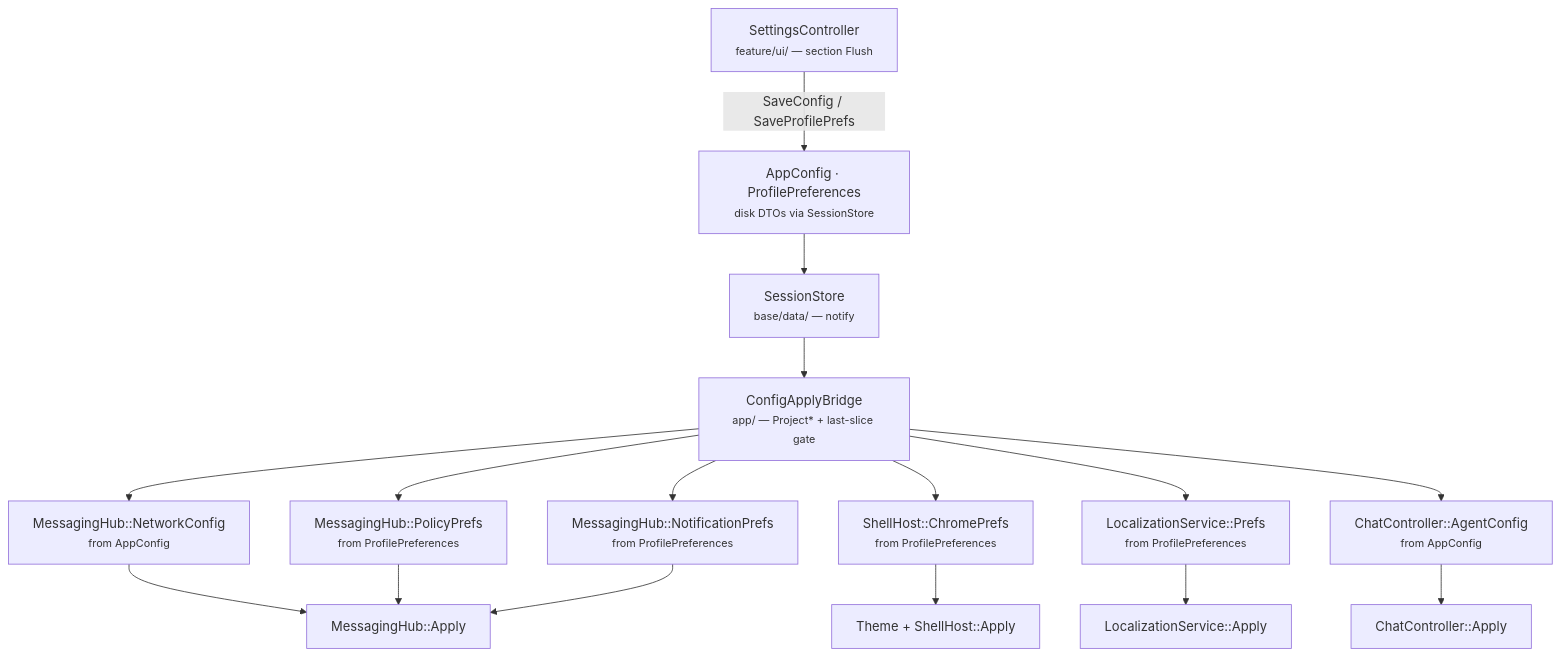
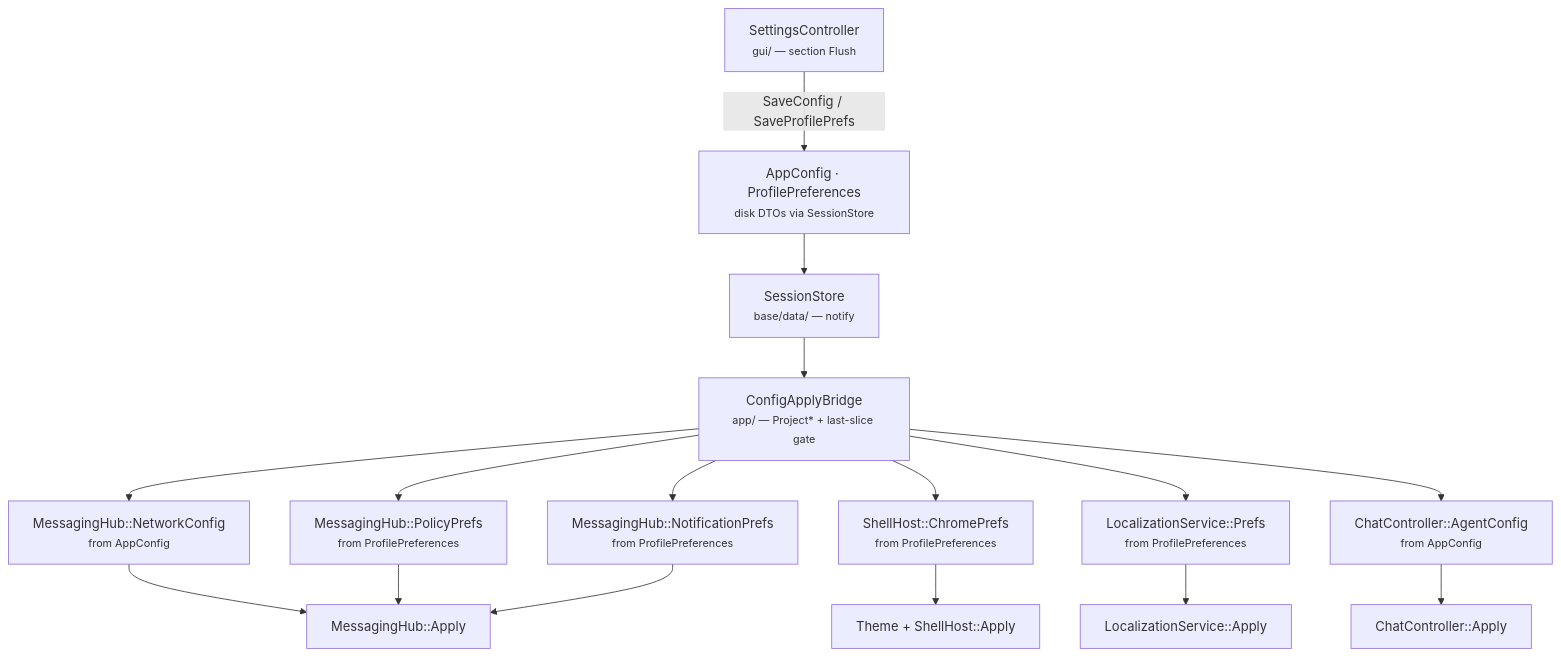
One commit to people-post/pp-browser changed the third of 4 diagrams in docs/architecture/RUNTIME_COMPOSITION.md. Above: the diagram before and after it, drawn with Mermaid. The commit also changed other lines of this file and 242 other files, not shown here.

First line of the commit message:
refactor: lift feature/ui to src/gui above feature (f7v1)

````diff
--- a/docs/architecture/RUNTIME_COMPOSITION.md
+++ b/docs/architecture/RUNTIME_COMPOSITION.md
@@ -188,25 +188,25 @@
 ```mermaid
 flowchart TB
-  UI["SettingsController<br/><small>feature/ui/ — section Flush</small>"]
+  UI["SettingsController<br/><small>gui/ — section Flush</small>"]
   Disk["AppConfig · ProfilePreferences<br/><small>disk DTOs via SessionStore</small>"]
   Store["SessionStore<br/><small>base/data/ — notify</small>"]
   Bridge["ConfigApplyBridge<br/><small>app/ — Project* + last-slice gate</small>"]
 
   UI -->|SaveConfig / SaveProfilePrefs| Disk
   Disk --> Store
   Store --> Bridge
 
   Bridge --> N["MessagingHub::NetworkConfig<br/><small>from AppConfig</small>"]
   Bridge --> P["MessagingHub::PolicyPrefs<br/><small>from ProfilePreferences</small>"]
   Bridge --> Push["MessagingHub::NotificationPrefs<br/><small>from ProfilePreferences</small>"]
   Bridge --> C["ShellHost::ChromePrefs<br/><small>from ProfilePreferences</small>"]
   Bridge --> L["LocalizationService::Prefs<br/><small>from ProfilePreferences</small>"]
   Bridge --> A["ChatController::AgentConfig<br/><small>from AppConfig</small>"]
 
   N --> HubA["MessagingHub::Apply"]
   P --> HubA
   Push --> HubA
   C --> ShellA["Theme + ShellHost::Apply"]
   L --> LocA["LocalizationService::Apply"]
   A --> ChatA["ChatController::Apply"]
 ```
````
